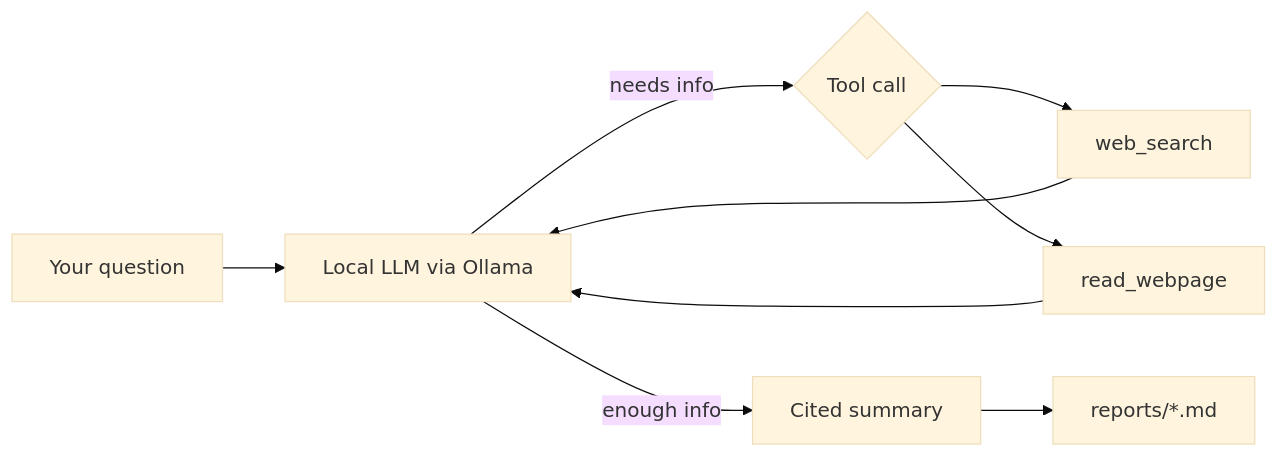
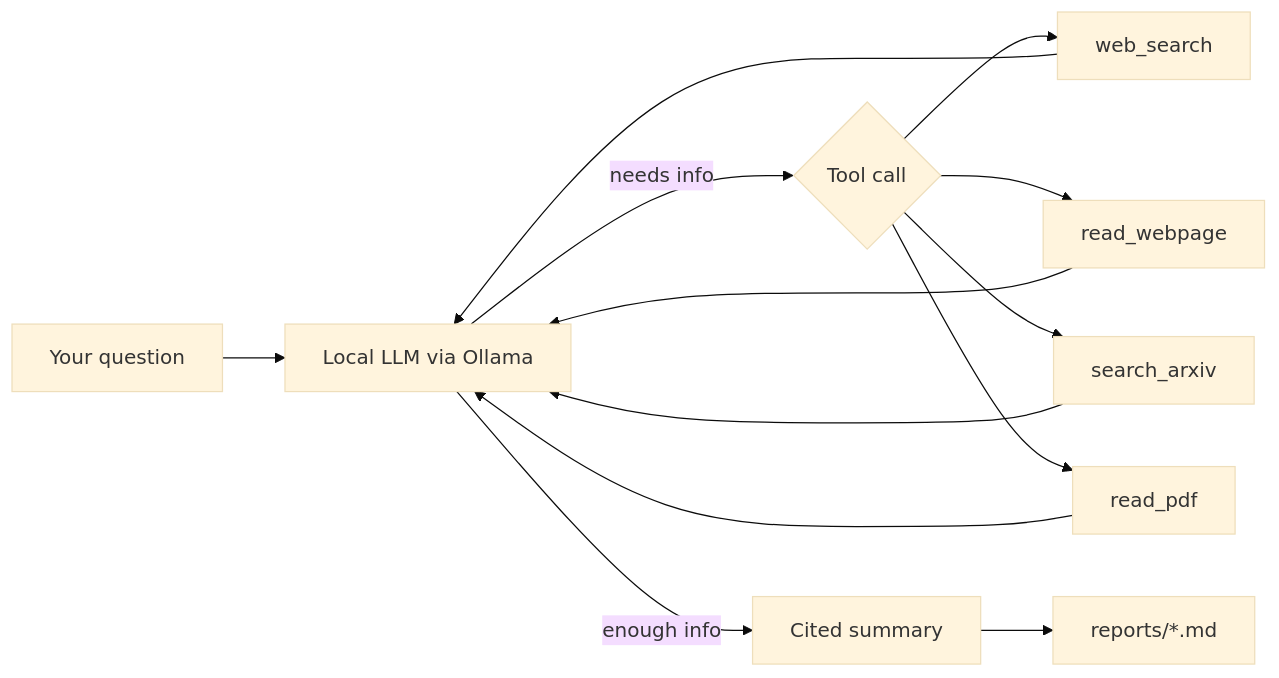
The diagram in README.md (namrathanaik-16/local-research-agent), drawn with Mermaid (base theme) before and after one commit. The commit also changed other lines of this file, not shown here.

Commit message:
docs: update README for arXiv and PDF support

````diff
--- a/README.md
+++ b/README.md
@@ -16,11 +17,15 @@
 ```mermaid
 flowchart LR
     A[Your question] --> B[Local LLM via Ollama]
     B -->|needs info| C{Tool call}
     C --> D[web_search]
     C --> E[read_webpage]
+    C --> H[search_arxiv]
+    C --> I[read_pdf]
     D --> B
     E --> B
+    H --> B
+    I --> B
     B -->|enough info| F[Cited summary]
     F --> G[reports/*.md]
 ```
````
